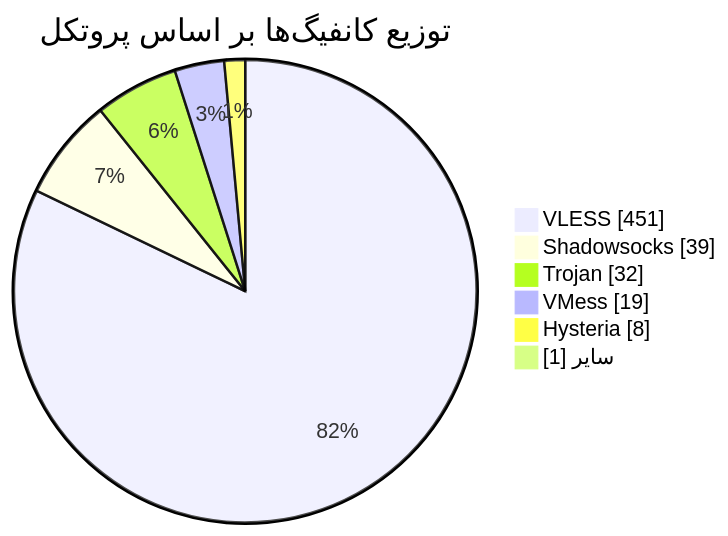
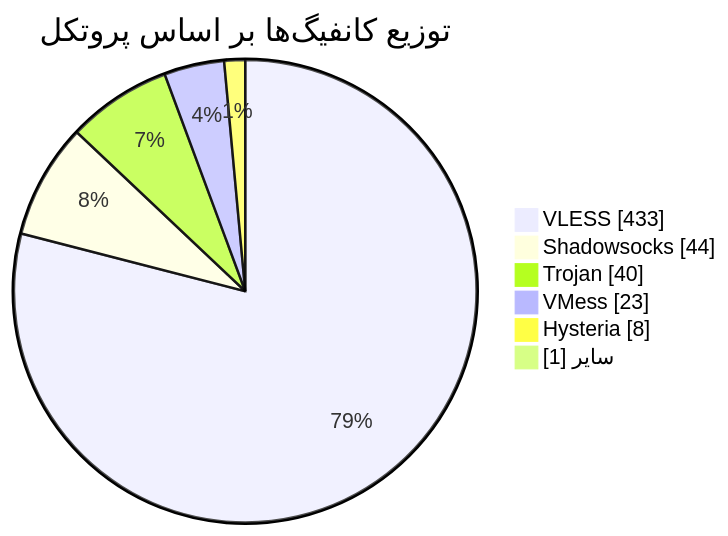
One commit to Arian-Alijani/Somthing changed the diagram in README.md. Above: the diagram before and after it, drawn with Mermaid. The commit also changed other lines of this file and 81 other files, not shown here.

````diff
--- a/README.md
+++ b/README.md
@@ -48,10 +48,10 @@
 ```mermaid
 pie showData
     title توزیع کانفیگ‌ها بر اساس پروتکل
-    "VLESS" : 451
-    "Shadowsocks" : 39
-    "Trojan" : 32
-    "VMess" : 19
+    "VLESS" : 433
+    "Shadowsocks" : 44
+    "Trojan" : 40
+    "VMess" : 23
     "Hysteria" : 8
     "سایر" : 1
 ```
````
